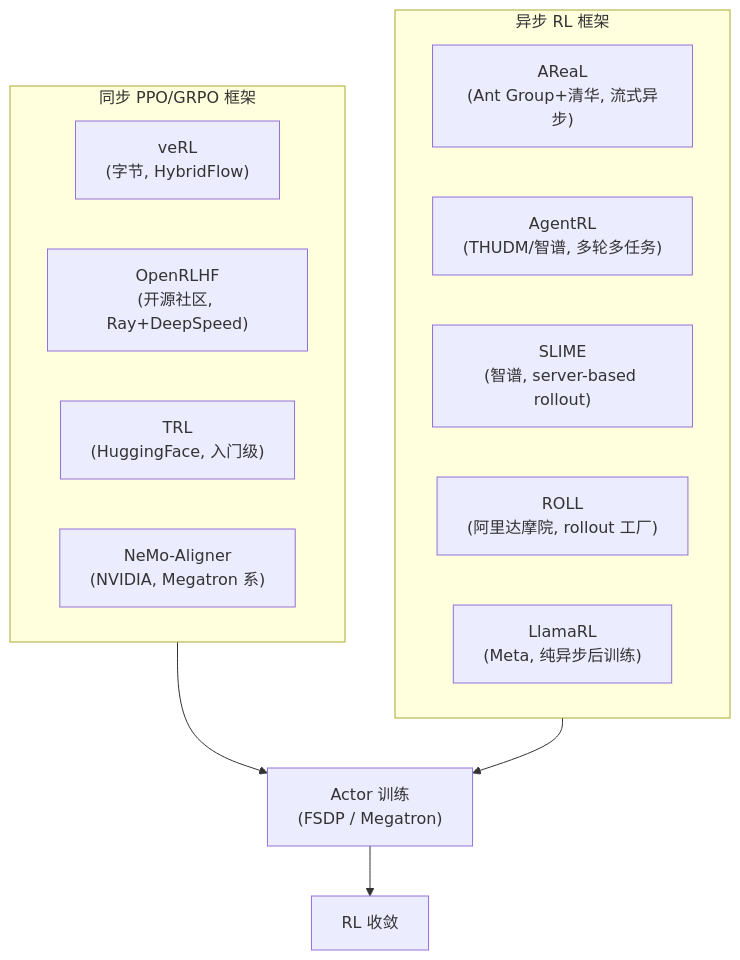
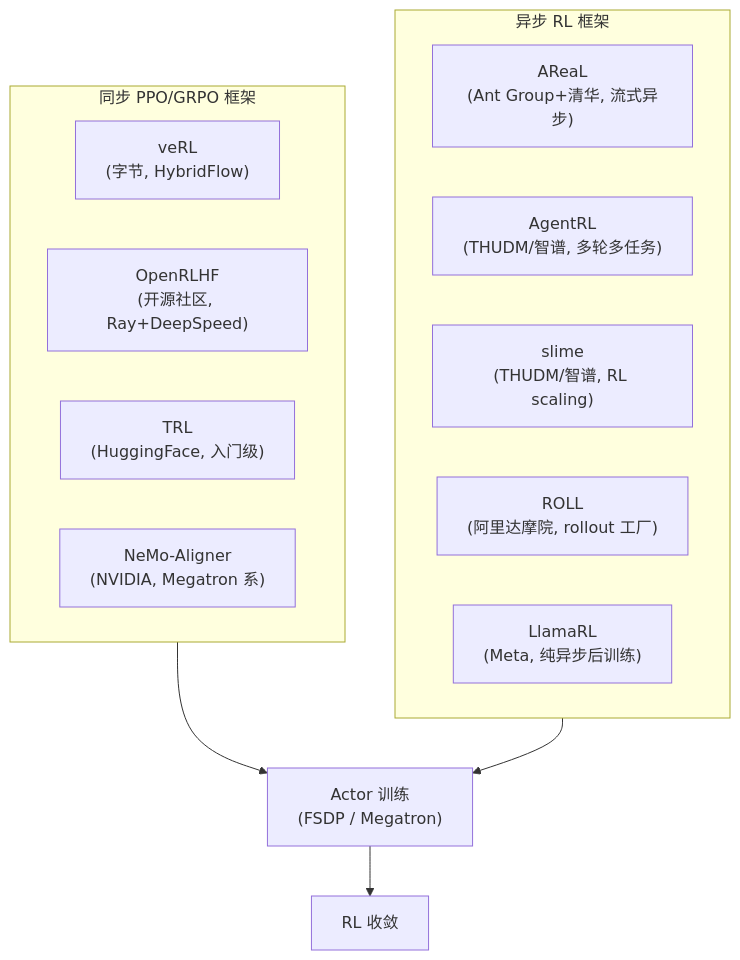
The diagram in docs/chapter16_llm_rl_industrial/intro.md (gong208/hands-on-modern-rl), drawn with Mermaid before and after one commit. The commit also changed other lines of this file and 5 other files, not shown here.

````diff
--- a/docs/chapter16_llm_rl_industrial/intro.md
+++ b/docs/chapter16_llm_rl_industrial/intro.md
@@ -19,19 +19,19 @@
 ```mermaid
 flowchart TB
     subgraph Sync["同步 PPO/GRPO 框架"]
         veRL["veRL<br/>(字节, HybridFlow)"]
         OpenRLHF["OpenRLHF<br/>(开源社区, Ray+DeepSpeed)"]
         TRL["TRL<br/>(HuggingFace, 入门级)"]
         NeMo["NeMo-Aligner<br/>(NVIDIA, Megatron 系)"]
     end
     subgraph Async["异步 RL 框架"]
         AReaL["AReaL<br/>(Ant Group+清华, 流式异步)"]
         AgentRL["AgentRL<br/>(THUDM/智谱, 多轮多任务)"]
-        SLIME["SLIME<br/>(智谱, server-based rollout)"]
+        SLIME["slime<br/>(THUDM/智谱, RL scaling)"]
         ROLL["ROLL<br/>(阿里达摩院, rollout 工厂)"]
         LlamaRL["LlamaRL<br/>(Meta, 纯异步后训练)"]
     end
     Sync --> Policy["Actor 训练<br/>(FSDP / Megatron)"]
     Async --> Policy
     Policy --> Converge["RL 收敛"]
 ```
````
